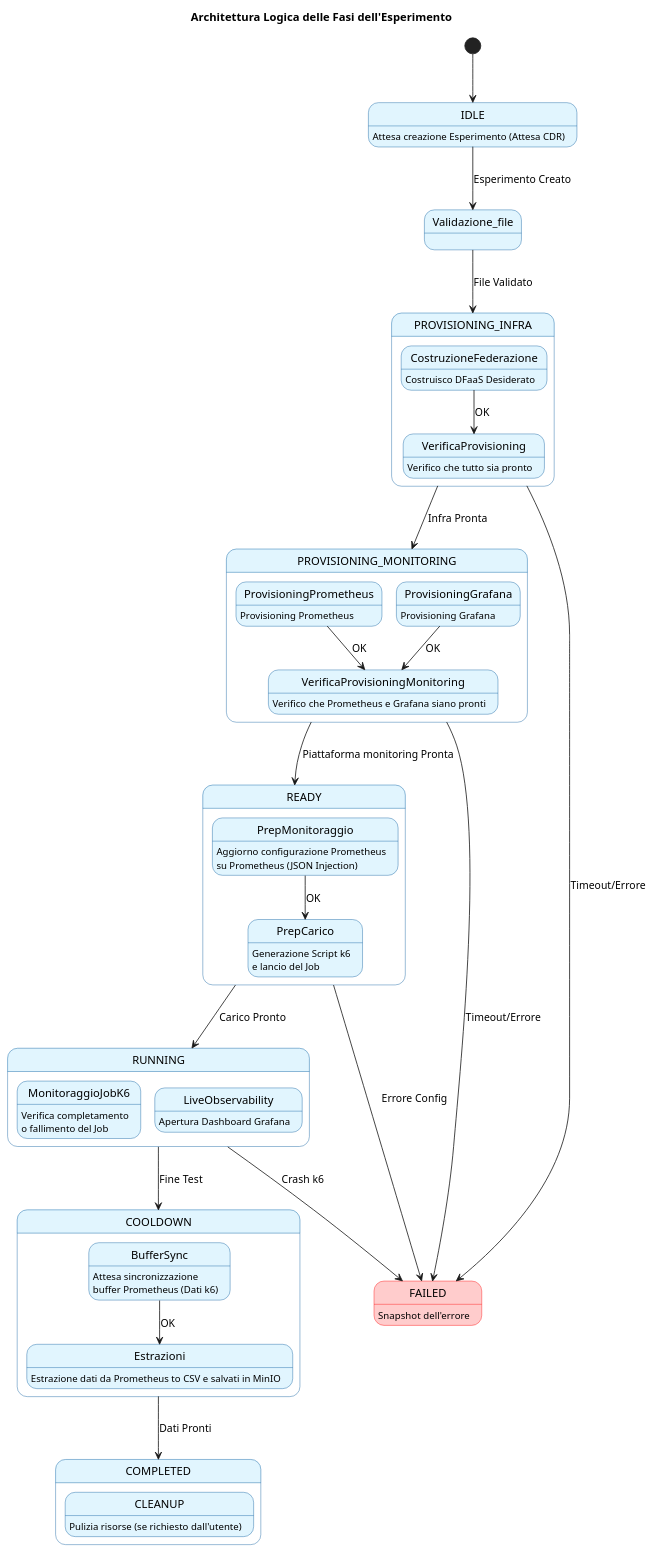
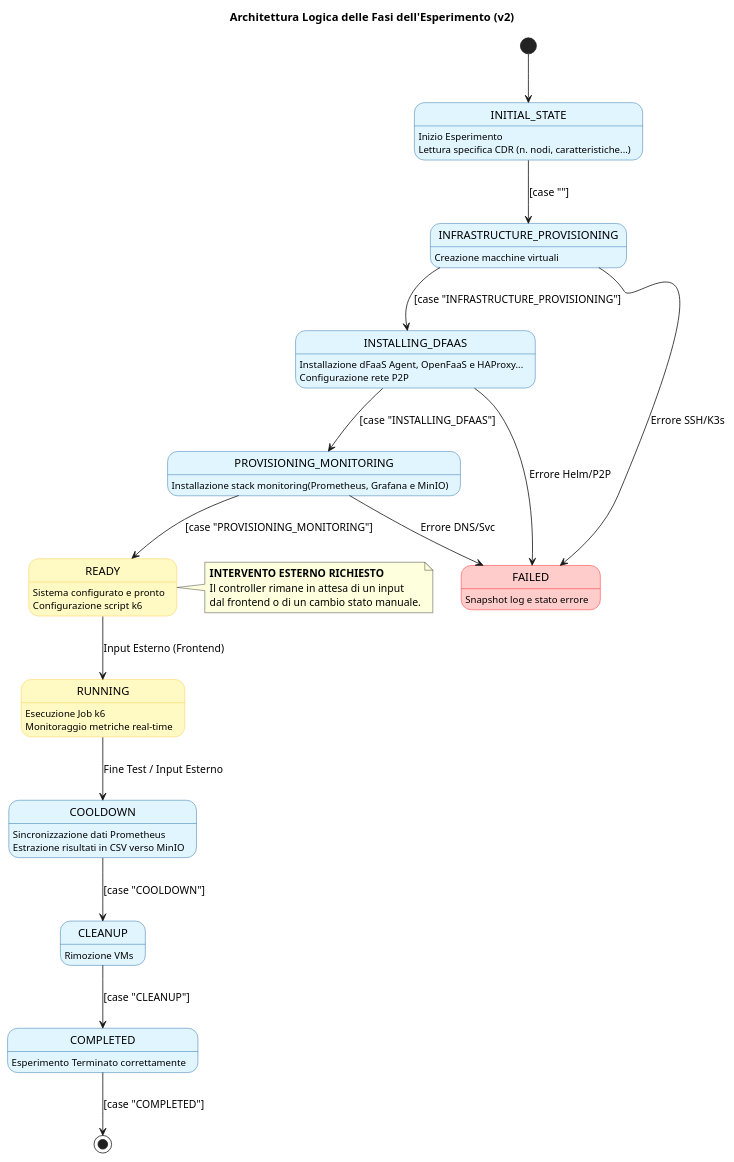
One commit to isired01/DFaaSOperator changed the diagram in UML/stati finiti.puml. Above: the diagram before and after it, drawn with PlantUML. The commit also changed 2 other files, not shown here.

```diff
--- a/UML/stati finiti.puml
+++ b/UML/stati finiti.puml
@@ -1,77 +1,87 @@
 @startuml
 skinparam backgroundColor #FFFFFF
 skinparam state {
   BackgroundColor #E1F5FE
   BorderColor #01579B
+  BackgroundColor<<External>> #FFF9C4
+  BorderColor<<External>> #FBC02D
   BackgroundColor<<Error>> #FFCCCC
   BorderColor<<Error>> #FF0000
 }
 
-title Architettura Logica delle Fasi dell'Esperimento
+title Architettura Logica delle Fasi dell'Esperimento (v2)
 
-[*] --> IDLE 
+[*] --> INITIAL_STATE
 
-state IDLE{
-  IDLE : Attesa creazione Esperimento (Attesa CDR)
+state INITIAL_STATE {
+  INITIAL_STATE : Inizio Esperimento
+  INITIAL_STATE : Lettura specifica CDR (n. nodi, caratteristiche...)
 }
 
-state PROVISIONING_INFRA {
-  CostruzioneFederazione : Costruisco DFaaS Desiderato
-  CostruzioneFederazione --> VerificaProvisioning : OK
-  VerificaProvisioning : Verifico che tutto sia pronto
+state INFRASTRUCTURE_PROVISIONING {
+  INFRASTRUCTURE_PROVISIONING : Creazione macchine virtuali
+}
+
+state INSTALLING_DFAAS {
+  INSTALLING_DFAAS : Installazione dFaaS Agent, OpenFaaS e HAProxy...
+  INSTALLING_DFAAS : Configurazione rete P2P
 }
 
 state PROVISIONING_MONITORING {
-  ProvisioningPrometheus : Provisioning Prometheus
-  ProvisioningPrometheus --> VerificaProvisioningMonitoring : OK
-  ProvisioningGrafana : Provisioning Grafana
-  ProvisioningGrafana --> VerificaProvisioningMonitoring : OK
-  VerificaProvisioningMonitoring : Verifico che Prometheus e Grafana siano pronti
-  
+  PROVISIONING_MONITORING : Installazione stack monitoring(Prometheus, Grafana e MinIO)
 }
 
-state READY {
-  PrepMonitoraggio : Aggiorno configurazione Prometheus
-  PrepMonitoraggio : su Prometheus (JSON Injection)
-  PrepMonitoraggio --> PrepCarico : OK
-  PrepCarico : Generazione Script k6 
-  PrepCarico : e lancio del Job
+state READY <<External>> {
+  READY : Sistema configurato e pronto
+  READY : Configurazione script k6
 }
 
-state RUNNING {
-  MonitoraggioJobK6 : Verifica completamento 
-  MonitoraggioJobK6 : o fallimento del Job
-  LiveObservability : Apertura Dashboard Grafana 
+note right of READY
+  **INTERVENTO ESTERNO RICHIESTO**
+  Il controller rimane in attesa di un input
+  dal frontend o di un cambio stato manuale.
+end note
+
+state RUNNING <<External>> {
+  RUNNING : Esecuzione Job k6
+  RUNNING : Monitoraggio metriche real-time
 }
 
 state COOLDOWN {
-  BufferSync : Attesa sincronizzazione 
-  BufferSync : buffer Prometheus (Dati k6)
-  BufferSync --> Estrazioni : OK
-  Estrazioni : Estrazione dati da Prometheus to CSV e salvati in MinIO
+  COOLDOWN : Sincronizzazione dati Prometheus
+  COOLDOWN : Estrazione risultati in CSV verso MinIO
+}
+
+state CLEANUP {
+  CLEANUP : Rimozione VMs
 }
 
 state COMPLETED {
-  CLEANUP : Pulizia risorse (se richiesto dall'utente)
+  COMPLETED : Esperimento Terminato correttamente
 }
 
-' Transizioni di alto livello
-IDLE --> Validazione_file : Esperimento Creato
-Validazione_file -->  PROVISIONING_INFRA: File Validato
-PROVISIONING_INFRA --> PROVISIONING_MONITORING : Infra Pronta
-PROVISIONING_MONITORING --> READY : Piattaforma monitoring Pronta
-READY --> RUNNING : Carico Pronto
-RUNNING --> COOLDOWN : Fine Test
-COOLDOWN --> COMPLETED : Dati Pronti
+' Transizioni basate sullo Switch Case del Controller
+INITIAL_STATE --> INFRASTRUCTURE_PROVISIONING : [case ""]
+INFRASTRUCTURE_PROVISIONING --> INSTALLING_DFAAS : [case "INFRASTRUCTURE_PROVISIONING"]
+INSTALLING_DFAAS --> PROVISIONING_MONITORING : [case "INSTALLING_DFAAS"]
+PROVISIONING_MONITORING --> READY : [case "PROVISIONING_MONITORING"]
 
-' Gestione Errore
-PROVISIONING_INFRA --> FAILED : Timeout/Errore
-PROVISIONING_MONITORING --> FAILED : Timeout/Errore
-READY --> FAILED : Errore Config
-RUNNING --> FAILED : Crash k6
+' Transizioni gestite esternamente (Frontend)
+READY --> RUNNING : Input Esterno (Frontend)
+RUNNING --> COOLDOWN : Fine Test / Input Esterno
 
+' Ripresa flusso automatico per chiusura
+COOLDOWN --> CLEANUP : [case "COOLDOWN"]
+CLEANUP --> COMPLETED : [case "CLEANUP"]
+COMPLETED --> [*] : [case "COMPLETED"]
+
+' Gestione Errori
 state FAILED <<Error>> {
-  FAILED : Snapshot dell'errore
+  FAILED : Snapshot log e stato errore
 }
 
+INFRASTRUCTURE_PROVISIONING --> FAILED : Errore SSH/K3s
+INSTALLING_DFAAS --> FAILED : Errore Helm/P2P
+PROVISIONING_MONITORING --> FAILED : Errore DNS/Svc
+
 @enduml
```
